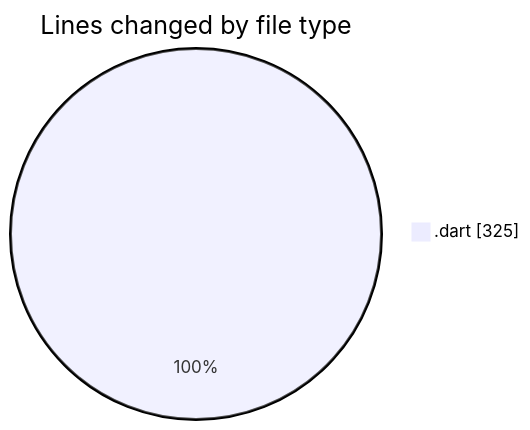
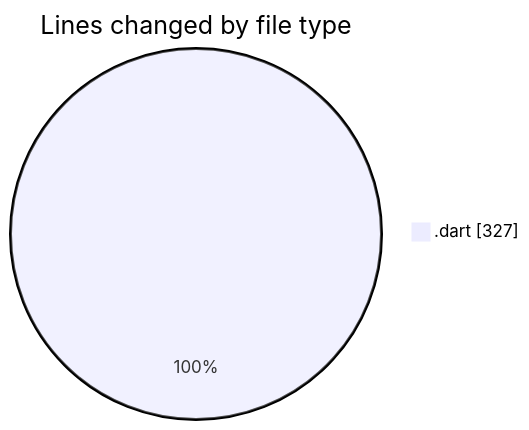
One commit to donsfak/code-tracking changed the first of 2 diagrams in 2025-03-23/wordle/README.md. Above: the diagram before and after it, drawn with Mermaid. The commit also changed other lines of this file and 1 other file, not shown here.

````diff
--- a/2025-03-23/wordle/README.md
+++ b/2025-03-23/wordle/README.md
@@ -24,5 +24,5 @@
 ```mermaid
 pie showData
 title Lines changed by file type
-".dart" : 325
+".dart" : 327
 ```
````
